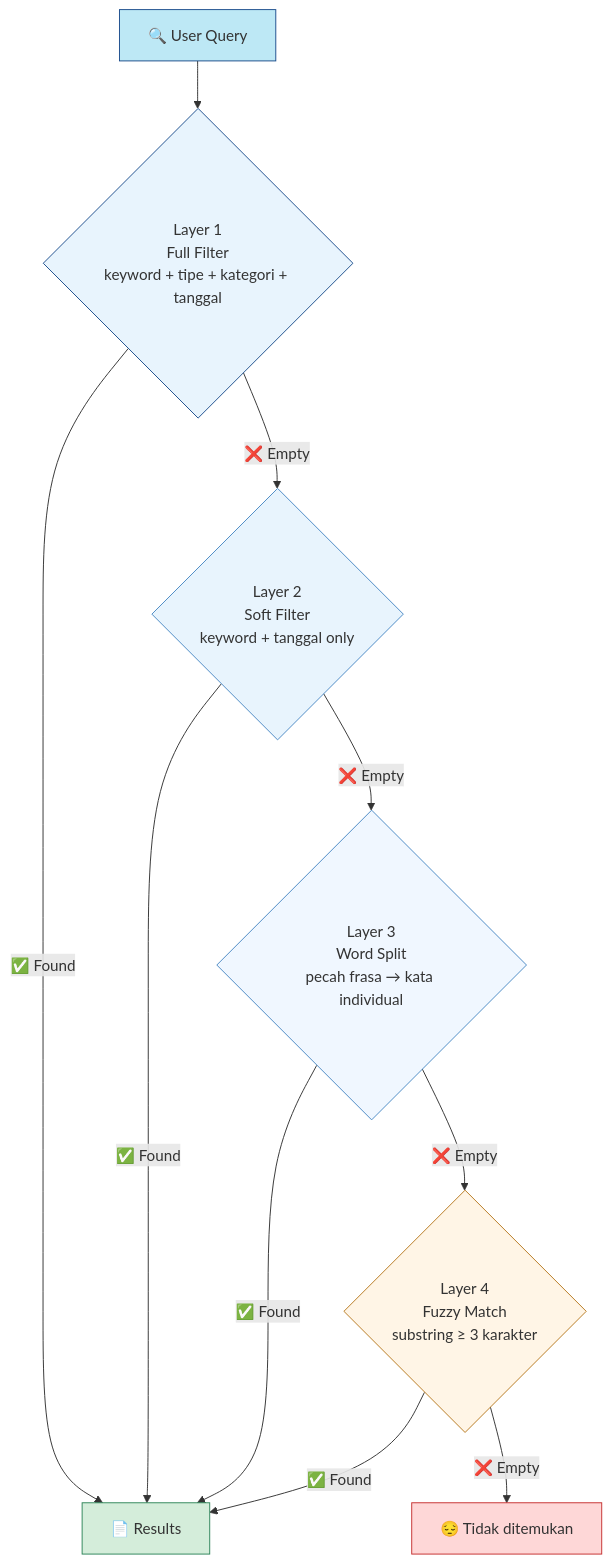
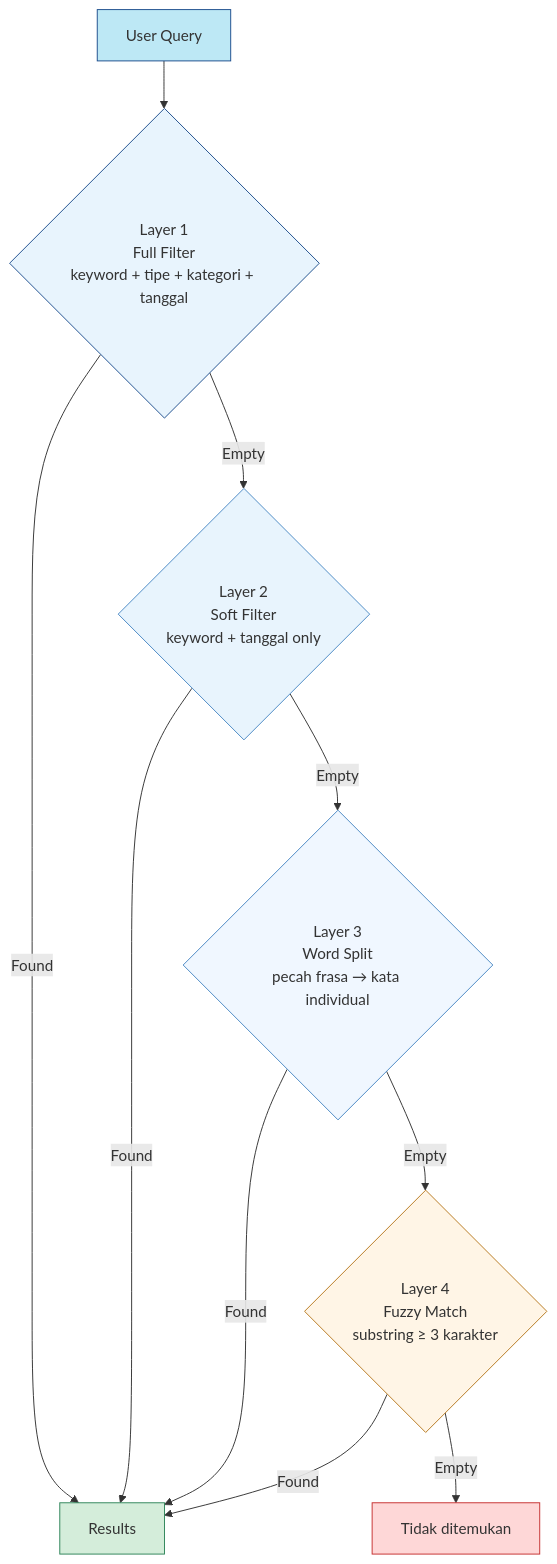
One commit to Sulthonikamalm/cloudtubes-gonanku changed the fifth of 7 diagrams in README.md. Above: the diagram before and after it, drawn with Mermaid. The commit also changed other lines of this file, not shown here.

````diff
--- a/README.md
+++ b/README.md
@@ -275,28 +275,28 @@
 ```mermaid
 graph TD
-    Q["🔍 User Query"] --> L1
+    Q["User Query"] --> L1
 
     L1{"Layer 1<br/>Full Filter<br/>keyword + tipe + kategori + tanggal"}
-    L1 -->|"✅ Found"| R["📄 Results"]
-    L1 -->|"❌ Empty"| L2
+    L1 -->|"Found"| R["Results"]
+    L1 -->|"Empty"| L2
 
     L2{"Layer 2<br/>Soft Filter<br/>keyword + tanggal only"}
-    L2 -->|"✅ Found"| R
-    L2 -->|"❌ Empty"| L3
+    L2 -->|"Found"| R
+    L2 -->|"Empty"| L3
 
     L3{"Layer 3<br/>Word Split<br/>pecah frasa → kata individual"}
-    L3 -->|"✅ Found"| R
-    L3 -->|"❌ Empty"| L4
+    L3 -->|"Found"| R
+    L3 -->|"Empty"| L4
 
     L4{"Layer 4<br/>Fuzzy Match<br/>substring ≥ 3 karakter"}
-    L4 -->|"✅ Found"| R
-    L4 -->|"❌ Empty"| NOPE["😔 Tidak ditemukan"]
+    L4 -->|"Found"| R
+    L4 -->|"Empty"| NOPE["Tidak ditemukan"]
 
     style Q fill:#BDE8F5,stroke:#1C4D8D
     style R fill:#D4EDDA,stroke:#2F855A
     style NOPE fill:#FED7D7,stroke:#C53030
     style L1 fill:#E8F4FD,stroke:#1C4D8D
     style L2 fill:#E8F4FD,stroke:#4988C4
     style L3 fill:#F0F7FF,stroke:#4988C4
     style L4 fill:#FFF5E6,stroke:#B7791F
 ```
````
